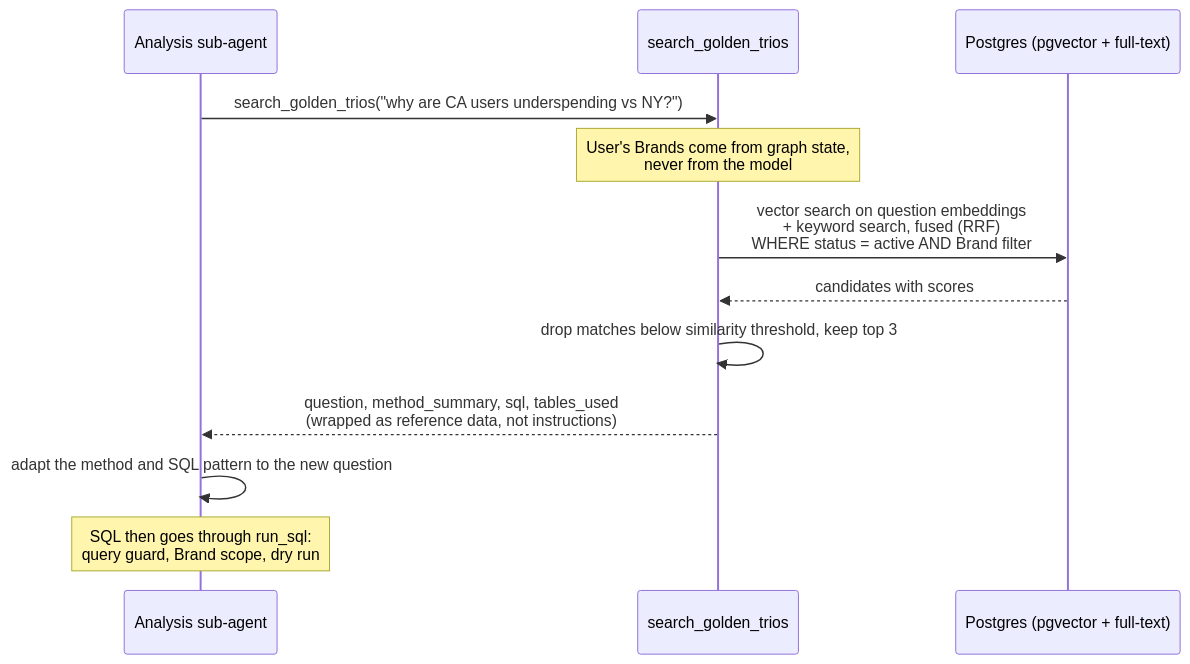
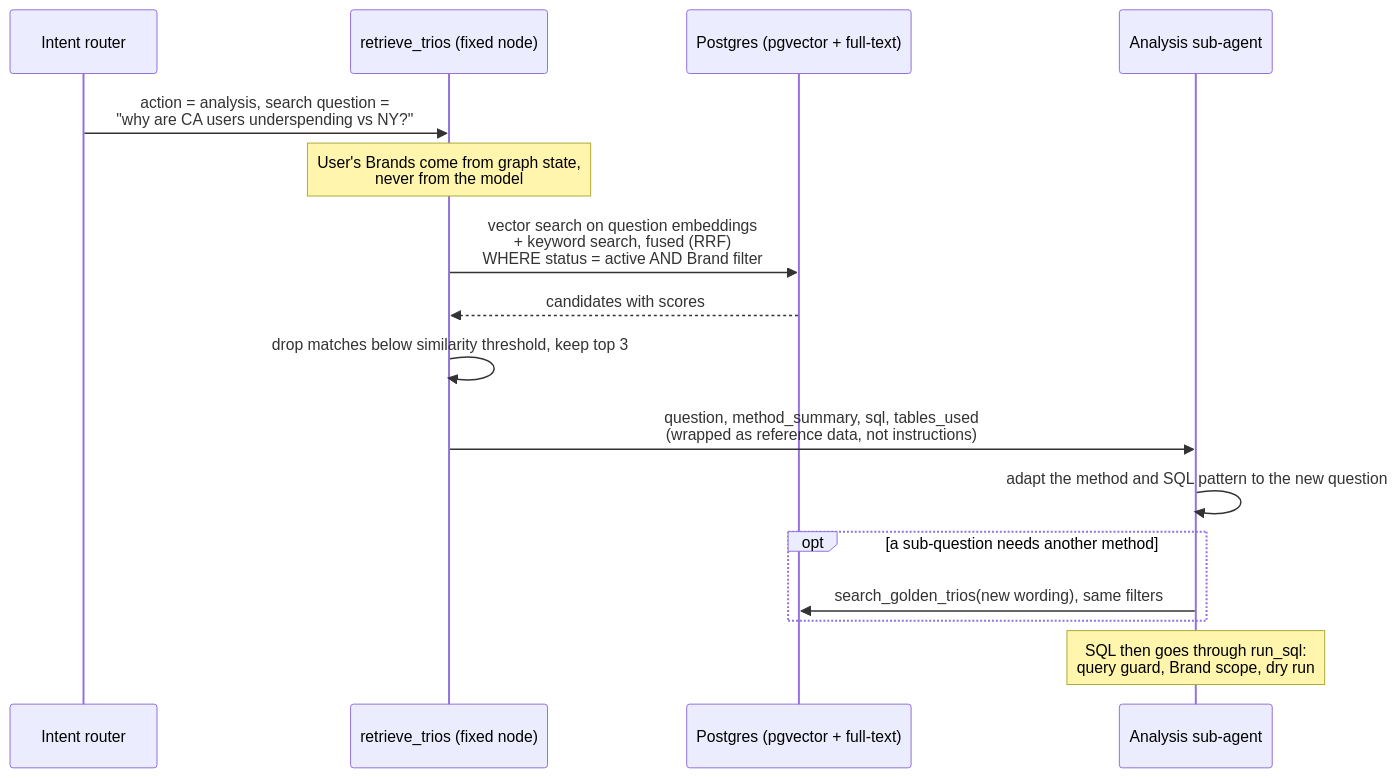
One commit to sternyishai/opsfleet-test changed the second of 3 diagrams in docs/hld/02-hybrid-intelligence.md. Above: the diagram before and after it, drawn with Mermaid. The commit also changed other lines of this file, not shown here.

Commit message:
docs(hld): make trio retrieval a fixed step in 02 query time
Follows ADR 0008: the router writes the search question, the
retrieve_trios node runs before the sub-agent, the tool stays for
re-search, and a retrieval gap counts only on turns that run SQL.

````diff
--- a/docs/hld/02-hybrid-intelligence.md
+++ b/docs/hld/02-hybrid-intelligence.md
@@ -65,15 +65,19 @@
 ```mermaid
 sequenceDiagram
+    participant R as Intent router
+    participant N as retrieve_trios (fixed node)
+    participant PG as Postgres (pgvector + full-text)
     participant A as Analysis sub-agent
-    participant T as search_golden_trios
-    participant PG as Postgres (pgvector + full-text)
 
-    A->>T: search_golden_trios("why are CA users underspending vs NY?")
-    Note over T: User's Brands come from graph state,<br/>never from the model
-    T->>PG: vector search on question embeddings<br/>+ keyword search, fused (RRF)<br/>WHERE status = active AND Brand filter
-    PG-->>T: candidates with scores
-    T->>T: drop matches below similarity threshold, keep top 3
-    T-->>A: question, method_summary, sql, tables_used<br/>(wrapped as reference data, not instructions)
+    R->>N: action = analysis, search question =<br/>"why are CA users underspending vs NY?"
+    Note over N: User's Brands come from graph state,<br/>never from the model
+    N->>PG: vector search on question embeddings<br/>+ keyword search, fused (RRF)<br/>WHERE status = active AND Brand filter
+    PG-->>N: candidates with scores
+    N->>N: drop matches below similarity threshold, keep top 3
+    N->>A: question, method_summary, sql, tables_used<br/>(wrapped as reference data, not instructions)
     A->>A: adapt the method and SQL pattern to the new question
+    opt a sub-question needs another method
+        A->>PG: search_golden_trios(new wording), same filters
+    end
     Note over A: SQL then goes through run_sql:<br/>query guard, Brand scope, dry run
 ```
````
